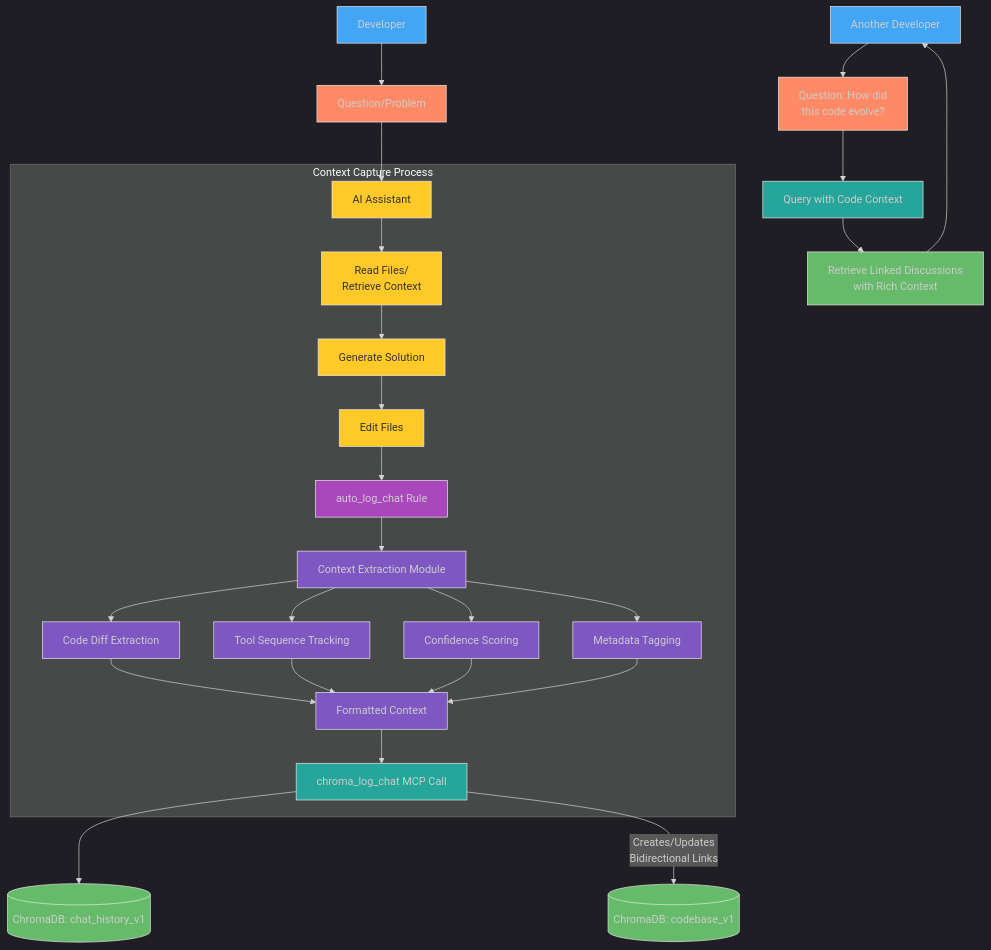
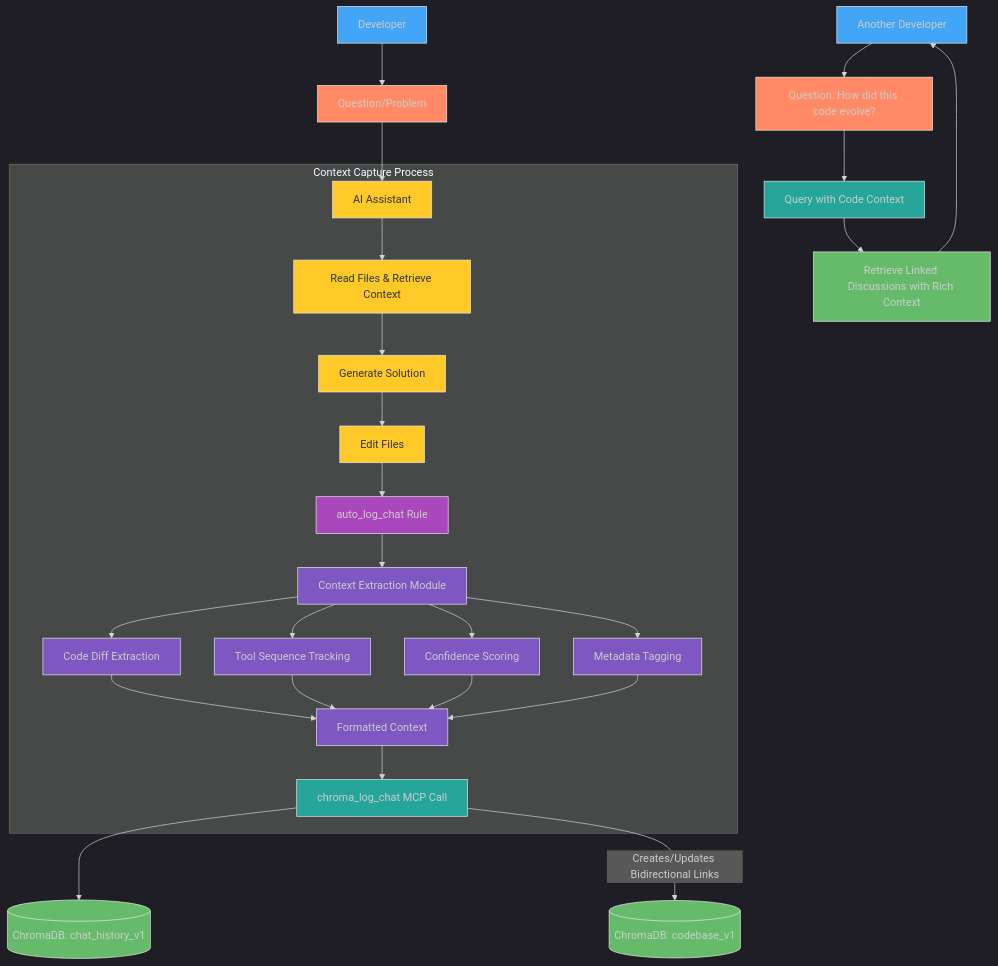
The first of 4 diagrams in docs/usage/enhanced_context_capture.md (somebloke1/chroma_mcp_server), drawn with Mermaid before and after one commit. The commit also changed other lines of this file and 19 other files, not shown here.

````diff
--- a/docs/usage/enhanced_context_capture.md
+++ b/docs/usage/enhanced_context_capture.md
@@ -19,55 +19,55 @@
 ```mermaid
 %%{init: {'theme': 'dark'}}%%
 flowchart TD
     A[Developer] --> B[Question/Problem]
     B --> C[AI Assistant]
     
     subgraph "Context Capture Process"
-        C --> D["Read Files/\nRetrieve Context"]
+        C --> D["Read Files & Retrieve Context"]
         D --> E["Generate Solution"]
         E --> F["Edit Files"]
         F --> G["auto_log_chat Rule"]
         G --> H["Context Extraction Module"]
         
         H --> I["Code Diff Extraction"]
         H --> J["Tool Sequence Tracking"]
         H --> K["Confidence Scoring"]
         H --> L["Metadata Tagging"]
         
         I --> M[Formatted Context]
         J --> M
         K --> M
         L --> M
         
         M --> N["chroma_log_chat MCP Call"]
     end
     
     N --> O[(ChromaDB: chat_history_v1)]
-    N -- "Creates/Updates\nBidirectional Links" --> P[(ChromaDB: codebase_v1)]
+    N -- "Creates/Updates Bidirectional Links" --> P[(ChromaDB: codebase_v1)]
     
-    Q[Another Developer] --> R["Question: How did\nthis code evolve?"]
+    Q[Another Developer] --> R["Question: How did this code evolve?"]
     R --> S["Query with Code Context"]
-    S --> T["Retrieve Linked Discussions\nwith Rich Context"]
+    S --> T["Retrieve Linked Discussions with Rich Context"]
     T --> Q
 
     style A fill:#42A5F5,stroke:#E6E6E6,stroke-width:1px
     style B fill:#FF8A65,stroke:#E6E6E6,stroke-width:1px
     style C fill:#FFCA28,stroke:#E6E6E6,stroke-width:1px,color:#333333
     style D fill:#FFCA28,stroke:#E6E6E6,stroke-width:1px,color:#333333
     style E fill:#FFCA28,stroke:#E6E6E6,stroke-width:1px,color:#333333
     style F fill:#FFCA28,stroke:#E6E6E6,stroke-width:1px,color:#333333
     style G fill:#AB47BC,stroke:#E6E6E6,stroke-width:1px
     style H fill:#7E57C2,stroke:#E6E6E6,stroke-width:1px
     style I fill:#7E57C2,stroke:#E6E6E6,stroke-width:1px
     style J fill:#7E57C2,stroke:#E6E6E6,stroke-width:1px
     style K fill:#7E57C2,stroke:#E6E6E6,stroke-width:1px
     style L fill:#7E57C2,stroke:#E6E6E6,stroke-width:1px
     style M fill:#7E57C2,stroke:#E6E6E6,stroke-width:1px
     style N fill:#26A69A,stroke:#E6E6E6,stroke-width:1px
     style O fill:#66BB6A,stroke:#E6E6E6,stroke-width:1px
     style P fill:#66BB6A,stroke:#E6E6E6,stroke-width:1px
     style Q fill:#42A5F5,stroke:#E6E6E6,stroke-width:1px
     style R fill:#FF8A65,stroke:#E6E6E6,stroke-width:1px
     style S fill:#26A69A,stroke:#E6E6E6,stroke-width:1px
     style T fill:#66BB6A,stroke:#E6E6E6,stroke-width:1px
 ```
````
